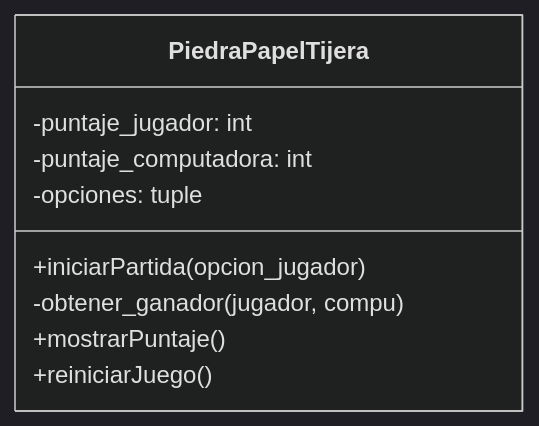
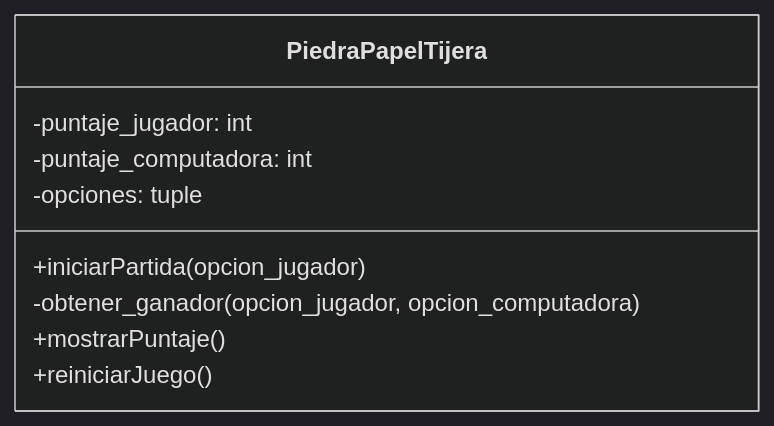
The diagram in retos_sesion_09/ejercicio_01.md (PatoAparicio/psg-oop-2025), drawn with Mermaid (dark theme) before and after one commit. The commit also changed 6 other files, not shown here.

````diff
--- a/retos_sesion_09/ejercicio_01.md
+++ b/retos_sesion_09/ejercicio_01.md
@@ -33,12 +33,12 @@
 ```mermaid
 classDiagram
     class PiedraPapelTijera {
         -puntaje_jugador: int
         -puntaje_computadora: int
         -opciones: tuple
         +iniciarPartida(opcion_jugador)
-        -obtener_ganador(jugador, compu)
+        -obtener_ganador(opcion_jugador, opcion_computadora)
         +mostrarPuntaje()
         +reiniciarJuego()
     }
 ```
````
